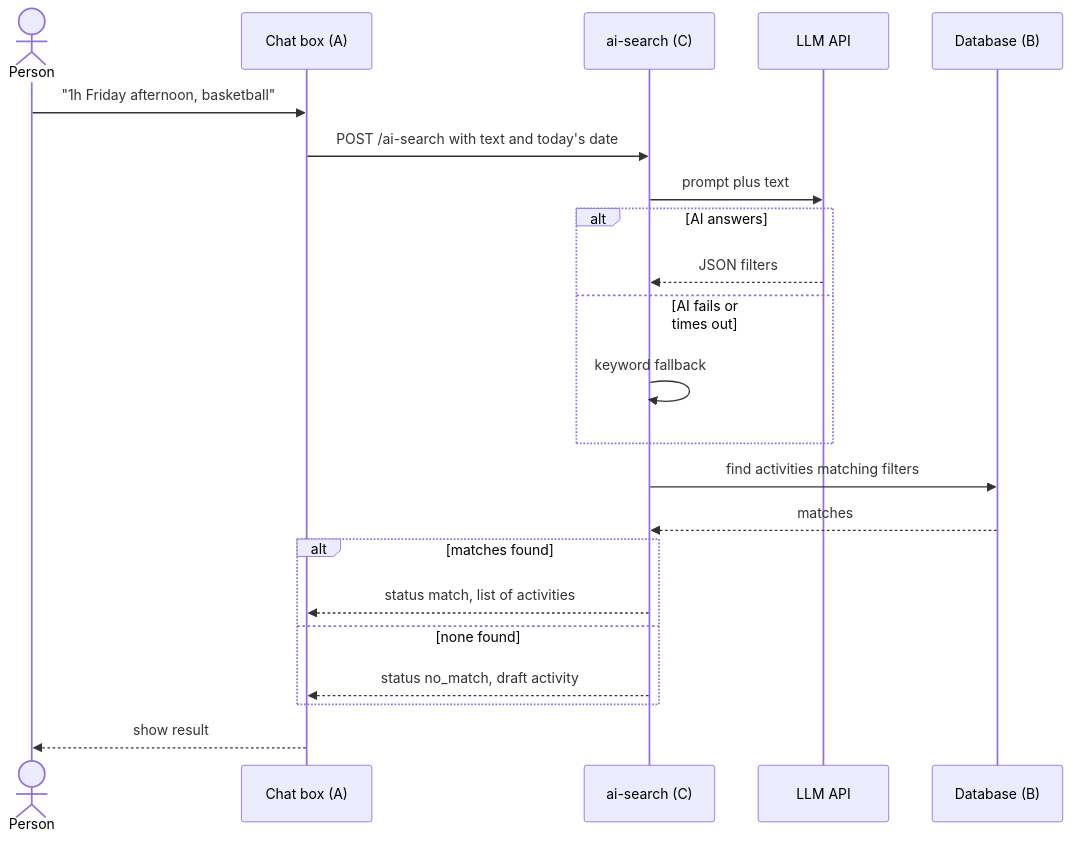
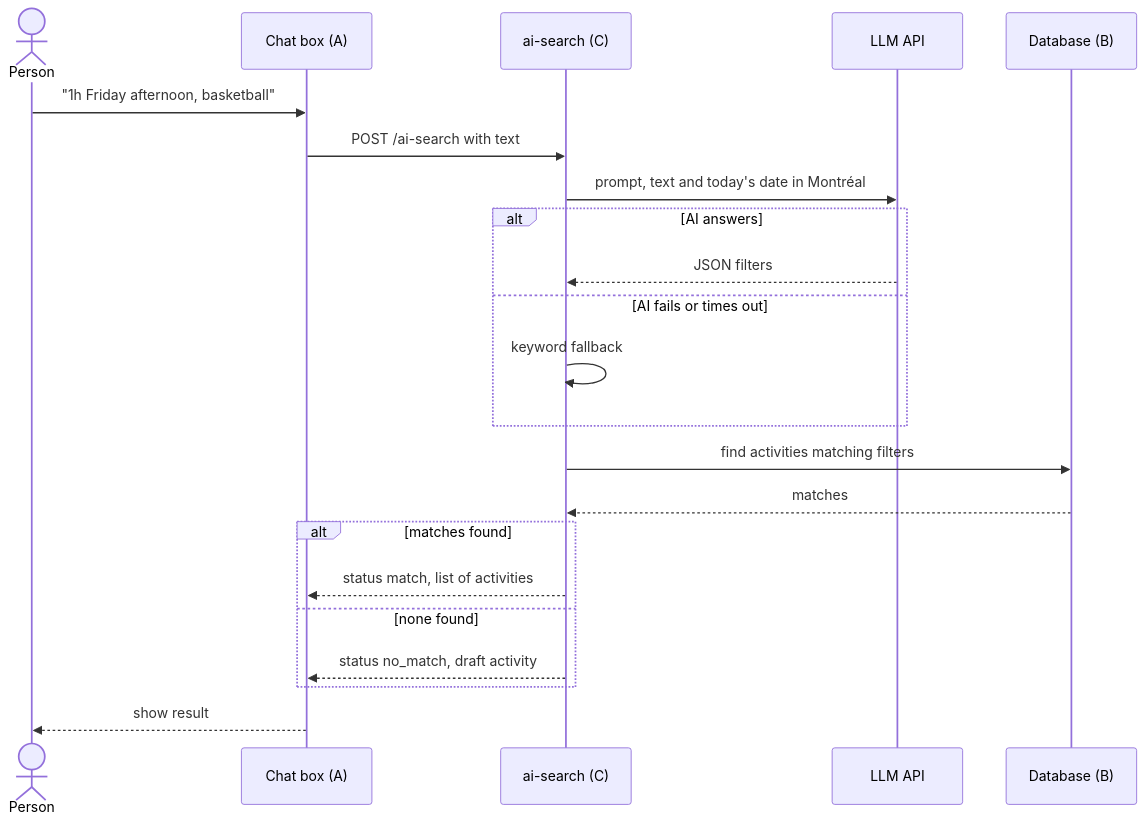
One commit to ElRifeno34/outside-together-codejam changed the third of 7 diagrams in PlanOff.md. Above: the diagram before and after it, drawn with Mermaid. The commit also changed other lines of this file and 21 other files, not shown here.

````diff
--- a/PlanOff.md
+++ b/PlanOff.md
@@ -177,25 +178,25 @@
 ```mermaid
 sequenceDiagram
     actor P as Person
     participant UI as Chat box (A)
     participant EF as ai-search (C)
     participant AI as LLM API
     participant DB as Database (B)
 
     P->>UI: "1h Friday afternoon, basketball"
-    UI->>EF: POST /ai-search with text and today's date
-    EF->>AI: prompt plus text
+    UI->>EF: POST /ai-search with text
+    EF->>AI: prompt, text and today's date in Montréal
     alt AI answers
         AI-->>EF: JSON filters
     else AI fails or times out
         EF->>EF: keyword fallback
     end
     EF->>DB: find activities matching filters
     DB-->>EF: matches
     alt matches found
         EF-->>UI: status match, list of activities
     else none found
         EF-->>UI: status no_match, draft activity
     end
     UI-->>P: show result
 ```
````
